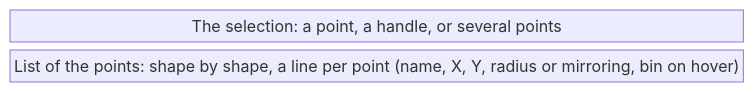
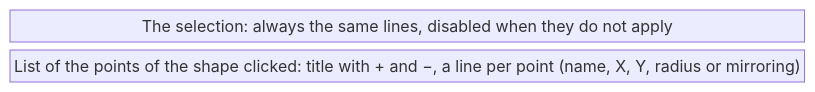
One commit to AlexandreGallais/synoptic-studio-spec changed the first of 2 diagrams in symbols/05-point-editing-mode/README.md. Above: the diagram before and after it, drawn with Mermaid. The commit also changed other lines of this file and 5 other files, not shown here.

````diff
--- a/symbols/05-point-editing-mode/README.md
+++ b/symbols/05-point-editing-mode/README.md
@@ -58,6 +65,6 @@
 ```mermaid
 block-beta
     columns 1
-    sel["The selection: a point, a handle, or several points"]
-    list["List of the points: shape by shape, a line per point (name, X, Y, radius or mirroring, bin on hover)"]
+    sel["The selection: always the same lines, disabled when they do not apply"]
+    list["List of the points of the shape clicked: title with + and −, a line per point (name, X, Y, radius or mirroring)"]
 ```
````
